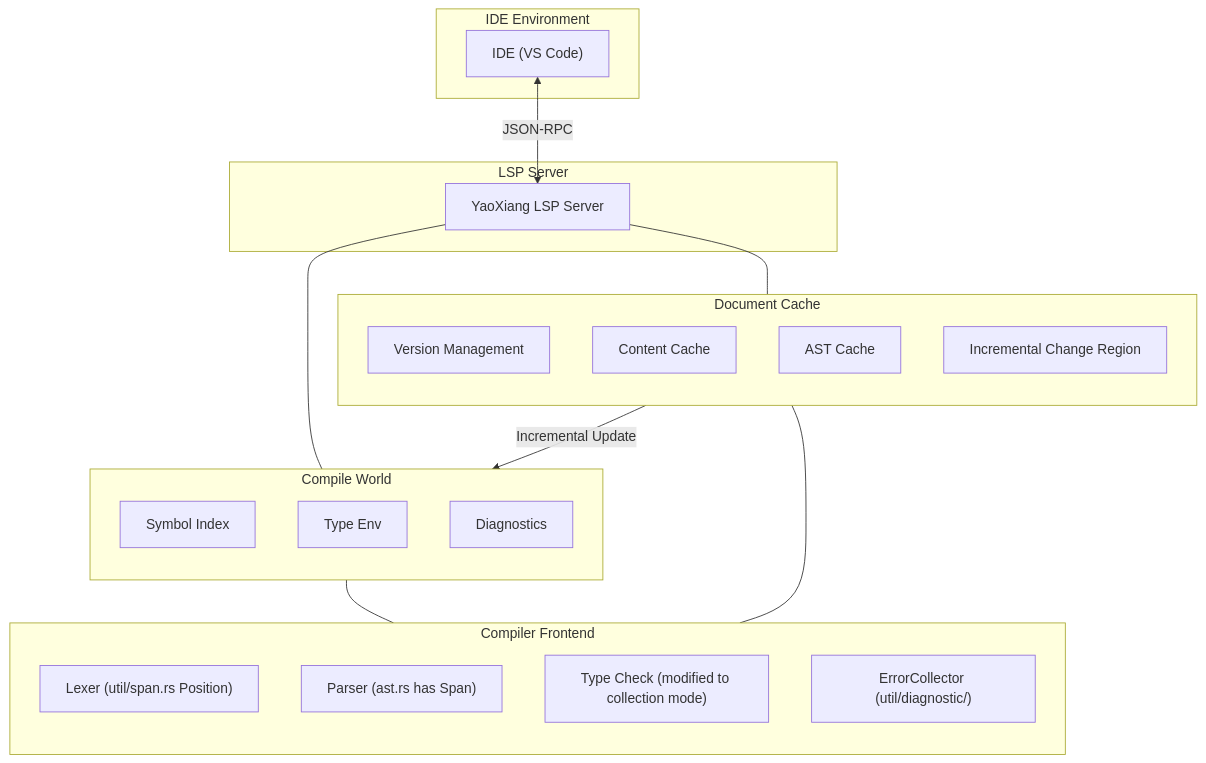
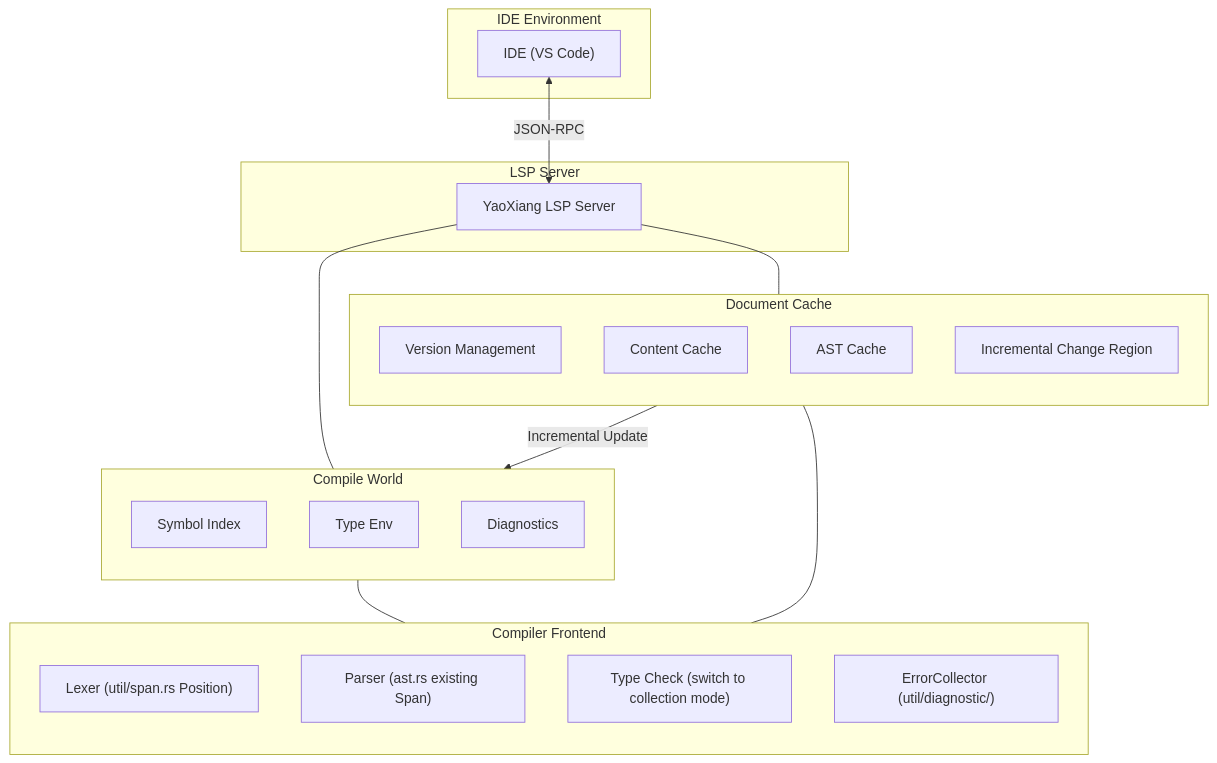
Before and after one commit to ChenXu233/YaoXiang: the diagram in docs/src/en/design/rfc/accepted/017-lsp-support.md, drawn with Mermaid. The commit also changed other lines of this file and 86 other files, not shown here.

````diff
--- a/docs/src/en/design/rfc/accepted/017-lsp-support.md
+++ b/docs/src/en/design/rfc/accepted/017-lsp-support.md
@@ -140,43 +141,43 @@
 ```mermaid
 flowchart TD
     subgraph IDE_Environment [IDE Environment]
         IDE["IDE (VS Code)"]
     end
 
     subgraph LSP_Server [LSP Server]
         LSP["YaoXiang LSP Server"]
     end
 
     subgraph World_Compile [Compile World]
         direction TB
         W_Symbol["Symbol Index"]
         W_Type["Type Env"]
         W_Diag["Diagnostics"]
     end
 
     subgraph Cache [Document Cache]
         direction TB
         C_Version["Version Management"]
         C_Content["Content Cache"]
         C_AST["AST Cache"]
         C_Delta["Incremental Change Region"]
     end
 
     subgraph Frontend [Compiler Frontend]
         direction TB
         F_Lexer["Lexer (util/span.rs Position)"]
-        F_Parser["Parser (ast.rs has Span)"]
-        F_TypeCheck["Type Check (modified to collection mode)"]
+        F_Parser["Parser (ast.rs existing Span)"]
+        F_TypeCheck["Type Check (switch to collection mode)"]
         F_ErrorCollector["ErrorCollector (util/diagnostic/)"]
     end
 
     IDE <-->|JSON-RPC| LSP
 
     LSP --- World_Compile
     LSP --- Cache
 
     Cache -- "Incremental Update" --> World_Compile
 
     World_Compile --- Frontend
     Cache --- Frontend
 ```
````
